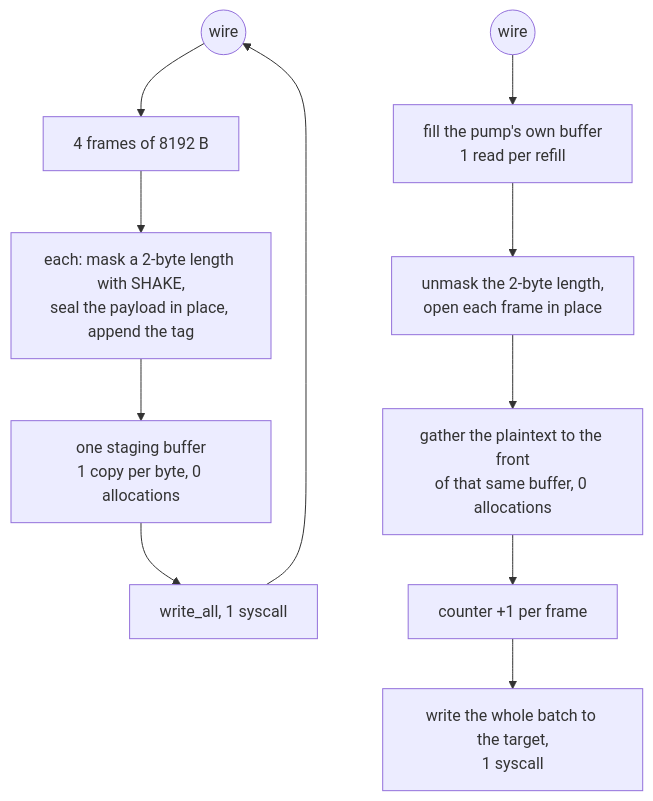
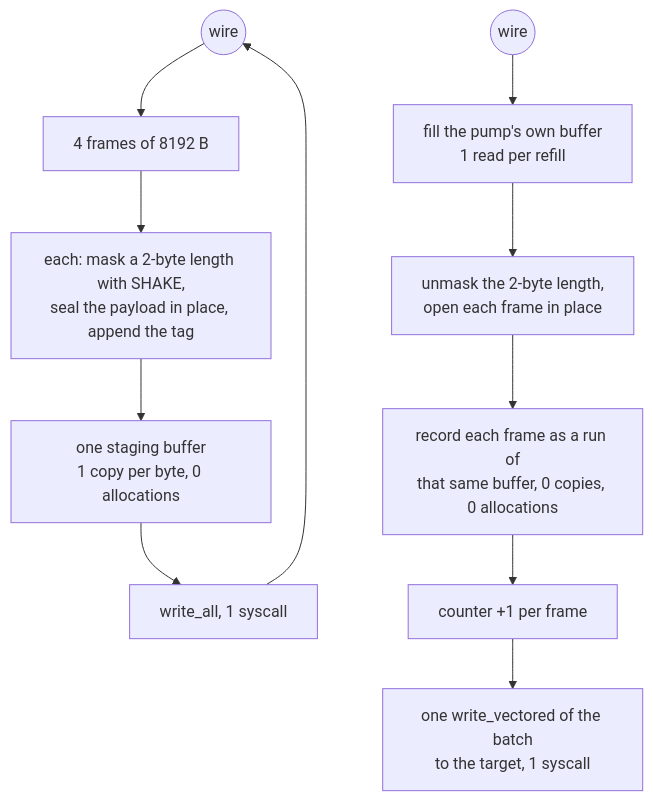
The diagram in docs/function/vmess.md (Ferrocite/ferrox), drawn with Mermaid before and after one commit. The commit also changed other lines of this file and 4 other files, not shown here.

Commit message:
vmess: leave a batch where its frames opened, so the plain leg pays no gather, and give both batch writers the one vectored write

````diff
--- a/docs/function/vmess.md
+++ b/docs/function/vmess.md
@@ -32,13 +32,13 @@
 ```mermaid
 graph TD
     W["plaintext read, 32 KiB"] --> W1["4 frames of 8192 B"]
     W1 --> W2["each: mask a 2-byte length with SHAKE,<br/>seal the payload in place, append the tag"]
     W2 --> W3["one staging buffer<br/>1 copy per byte, 0 allocations"]
     W3 --> W4["write_all, 1 syscall"]
     W4 --> W(("wire"))
     R(("wire")) --> R1["fill the pump's own buffer<br/>1 read per refill"]
     R1 --> R2["unmask the 2-byte length,<br/>open each frame in place"]
-    R2 --> R3["gather the plaintext to the front<br/>of that same buffer, 0 allocations"]
+    R2 --> R3["record each frame as a run of<br/>that same buffer, 0 copies, 0 allocations"]
     R3 --> R4["counter +1 per frame"]
-    R4 --> R5["write the whole batch to the target,<br/>1 syscall"]
+    R4 --> R5["one write_vectored of the batch<br/>to the target, 1 syscall"]
 ```
````
